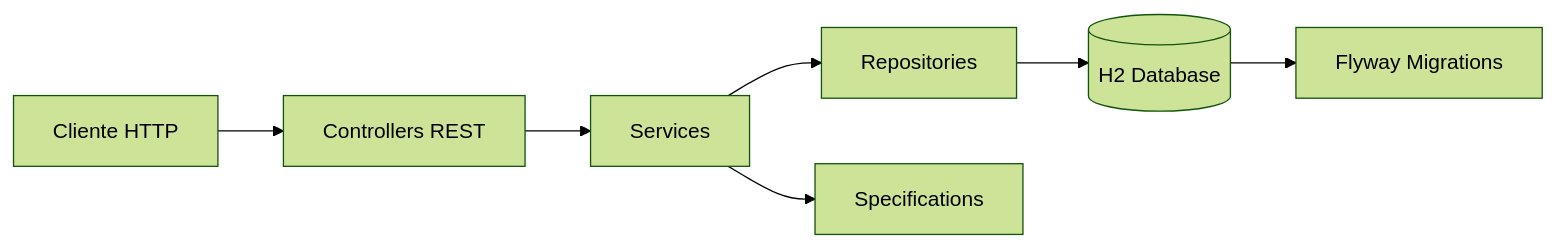
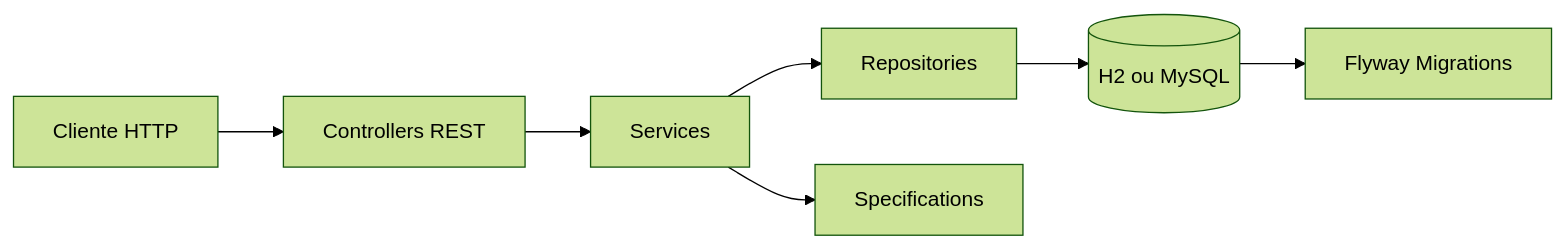
The first of 2 diagrams in README.md (silvio-tav/it-neocamp-partidas-futebol-api), drawn with Mermaid (forest theme) before and after one commit. The commit also changed other lines of this file, not shown here.

````diff
--- a/README.md
+++ b/README.md
@@ -79,10 +83,10 @@
 ```mermaid
 flowchart LR
     Client[Cliente HTTP] --> Controller[Controllers REST]
     Controller --> Service[Services]
     Service --> Repository[Repositories]
-    Repository --> Database[(H2 Database)]
+    Repository --> Database[(H2 ou MySQL)]
 
     Service --> Specification[Specifications]
     Database --> Flyway[Flyway Migrations]
 ```
````
